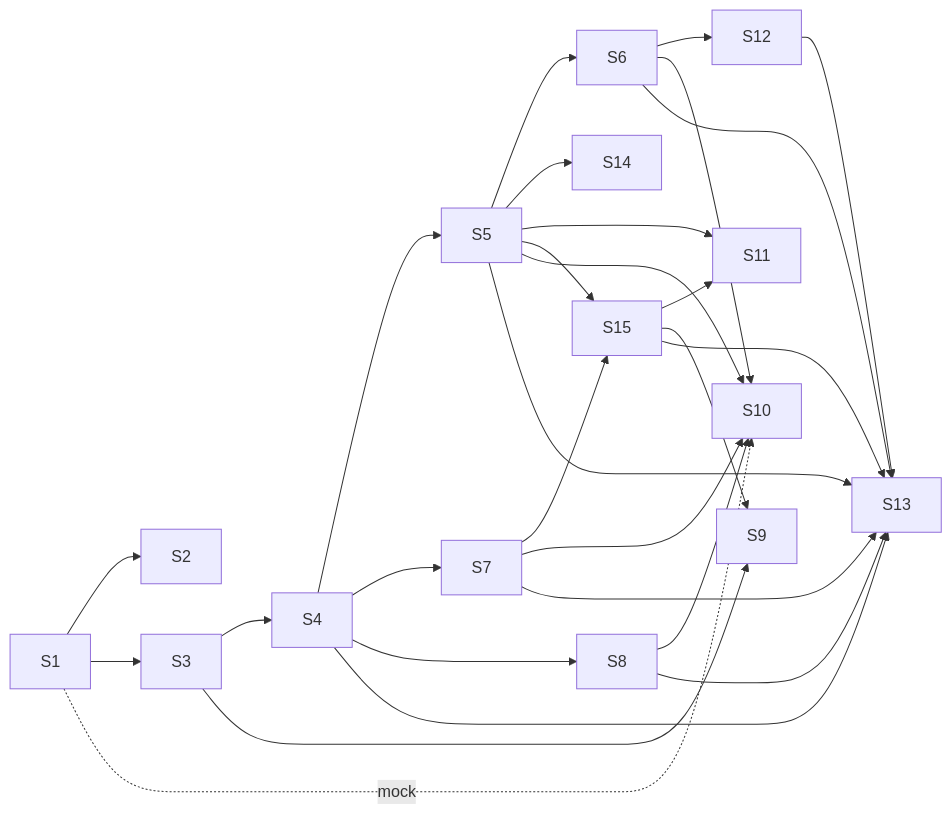
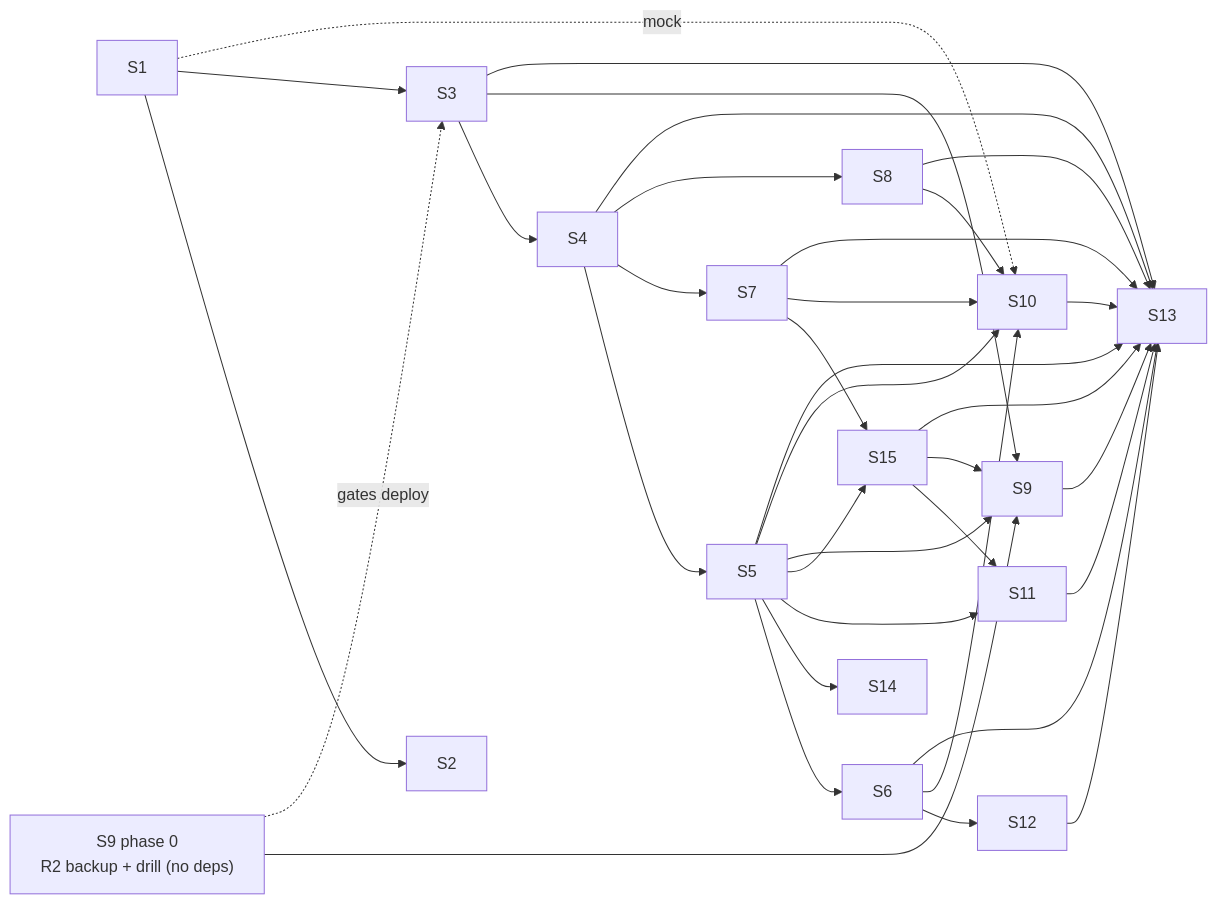
The ninth of 9 diagrams in docs/design/multi-household-staged.md (Rhionin/stockbot), drawn with Mermaid before and after one commit. The commit also changed other lines of this file, not shown here.

Commit message:
docs: amend staged plan for S9 review (Cloudflare Free limits, Phase-0 first, key custody)

````diff
--- a/docs/design/multi-household-staged.md
+++ b/docs/design/multi-household-staged.md
@@ -862,14 +871,16 @@
 ```mermaid
 flowchart LR
   S1 --> S2 & S3
   S3 --> S4
   S4 --> S5 & S7 & S8
   S5 --> S6 & S14 & S11 & S15
   S7 --> S15
-  S15 --> S11 & S9
+  S15 --> S11
+  S9P0["S9 phase 0<br/>R2 backup + drill (no deps)"] --> S9
+  S9P0 -.gates deploy.-> S3
+  S3 & S5 & S15 --> S9
   S6 --> S12
   S1 -.mock.-> S10
   S5 & S6 & S7 & S8 --> S10
-  S3 --> S9
-  S4 & S5 & S6 & S7 & S8 & S12 & S15 --> S13
+  S3 & S4 & S5 & S6 & S7 & S8 & S9 & S10 & S11 & S12 & S15 --> S13
 ```
````
